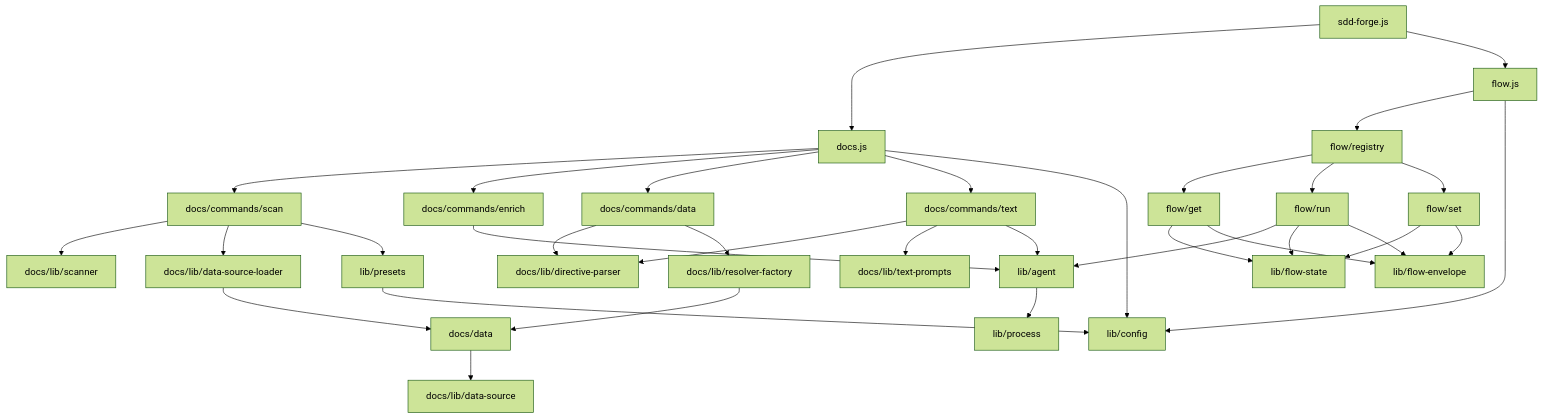
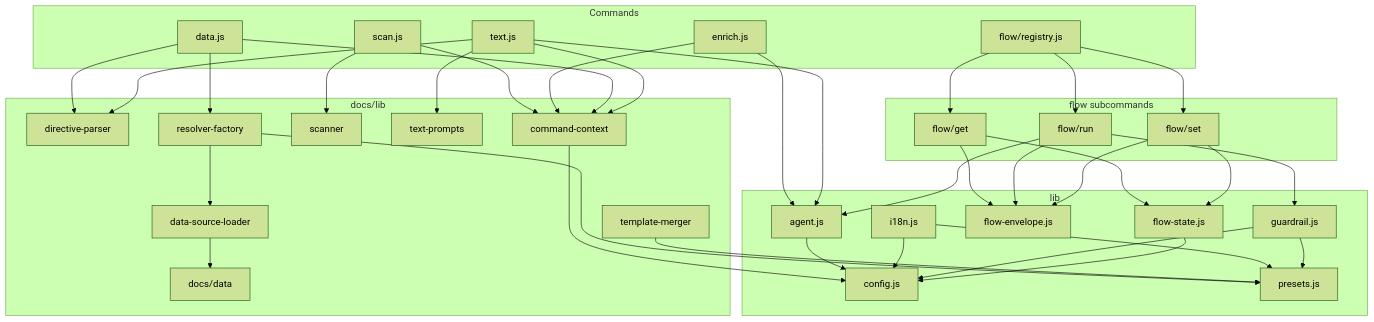
Before and after one commit to SpreadWorks/sdd-forge: the diagram in docs/internal_design.md, drawn with Mermaid (forest theme). The commit also changed other lines of this file and 6 other files, not shown here.

````diff
--- a/docs/internal_design.md
+++ b/docs/internal_design.md
@@ -128,42 +112,72 @@
 ```mermaid
 graph TD
-    Entry[sdd-forge.js] --> Docs[docs.js]
-    Entry --> Flow[flow.js]
+    subgraph Commands
+        SC[scan.js]
+        EN[enrich.js]
+        DA[data.js]
+        TX[text.js]
+        FR[flow/registry.js]
+    end
 
-    Docs --> CmdScan[docs/commands/scan]
-    Docs --> CmdEnrich[docs/commands/enrich]
-    Docs --> CmdData[docs/commands/data]
-    Docs --> CmdText[docs/commands/text]
+    subgraph DocsLib[docs/lib]
+        DP[directive-parser]
+        RF[resolver-factory]
+        SCN[scanner]
+        TP[text-prompts]
+        CC[command-context]
+        TM[template-merger]
+        DSL[data-source-loader]
+        DS[docs/data]
+    end
 
-    CmdScan --> Scanner[docs/lib/scanner]
-    CmdScan --> DSLoader[docs/lib/data-source-loader]
-    CmdScan --> Presets[lib/presets]
-    CmdEnrich --> Agent[lib/agent]
-    CmdData --> Directive[docs/lib/directive-parser]
-    CmdData --> Resolver[docs/lib/resolver-factory]
-    CmdText --> Directive
-    CmdText --> TextPrompts[docs/lib/text-prompts]
-    CmdText --> Agent
+    subgraph FlowSub[flow subcommands]
+        FG[flow/get]
+        FRN[flow/run]
+        FS[flow/set]
+    end
 
-    Resolver --> DataSources[docs/data]
-    DSLoader --> DataSources
-    DataSources --> DSBase[docs/lib/data-source]
+    subgraph CoreLib[lib]
+        AG[agent.js]
+        FST[flow-state.js]
+        FE[flow-envelope.js]
+        GR[guardrail.js]
+        I18[i18n.js]
+        CFG[config.js]
+        PRE[presets.js]
+    end
 
-    Flow --> Registry[flow/registry]
-    Registry --> FlowGet[flow/get]
-    Registry --> FlowRun[flow/run]
-    Registry --> FlowSet[flow/set]
+    SC --> SCN
+    SC --> CC
+    EN --> AG
+    EN --> CC
+    DA --> DP
+    DA --> RF
+    DA --> CC
+    TX --> DP
+    TX --> TP
+    TX --> AG
+    TX --> CC
 
-    FlowRun --> Agent
-    FlowGet --> FlowState[lib/flow-state]
-    FlowRun --> FlowState
-    FlowSet --> FlowState
-    FlowGet --> Envelope[lib/flow-envelope]
-    FlowRun --> Envelope
-    FlowSet --> Envelope
+    FR --> FG
+    FR --> FRN
+    FR --> FS
+    FG --> FST
+    FG --> FE
+    FRN --> AG
+    FRN --> GR
+    FRN --> FE
+    FS --> FST
+    FS --> FE
 
-    Agent --> Process[lib/process]
-    Presets --> Config[lib/config]
-    Docs --> Config
-    Flow --> Config
+    RF --> DSL
+    DSL --> DS
+    RF --> PRE
+    TM --> PRE
+    CC --> CFG
+    AG --> CFG
+    I18 --> CFG
+    I18 --> PRE
+    GR --> PRE
+    GR --> CFG
+    FST --> CFG
 ```
````
